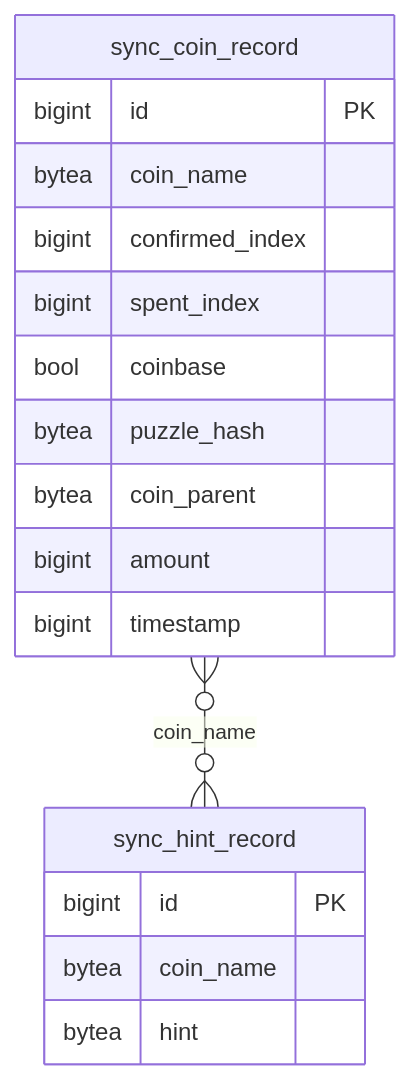
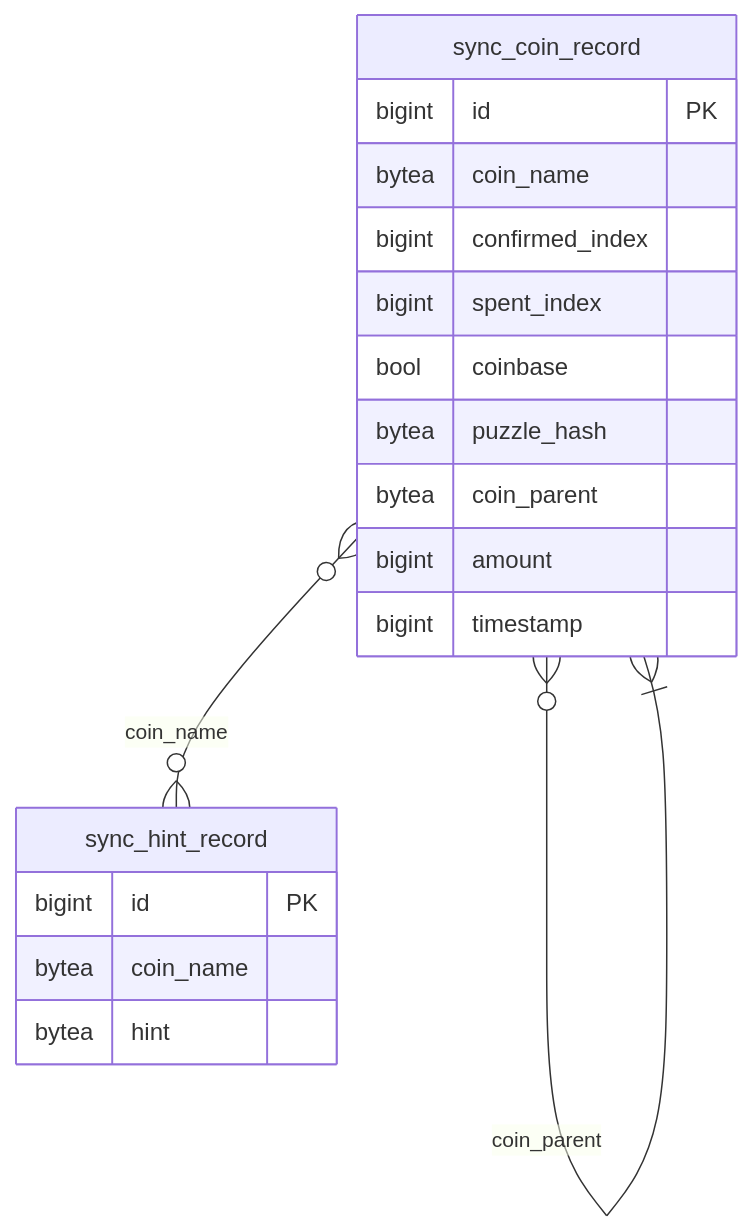
The diagram in src/Architecture.md (SutuLabs/PawketWhitepaper), drawn with Mermaid before and after one commit. The commit also changed 3 other files, not shown here.

Commit message:
render mermaid

````diff
--- a/src/Architecture.md
+++ b/src/Architecture.md
@@ -20,20 +20,21 @@
-::: mermaid
+```mermaid
 erDiagram
     sync_coin_record {
         bigint id PK
         bytea coin_name
         bigint confirmed_index
         bigint spent_index
         bool coinbase
         bytea puzzle_hash
         bytea coin_parent
         bigint amount
         bigint timestamp
     }
     sync_hint_record {
         bigint id PK
         bytea coin_name
         bytea hint
     }
     sync_coin_record }o--o{ sync_hint_record : coin_name
-:::
+    sync_coin_record }o--|{ sync_coin_record : coin_parent
+```
````
